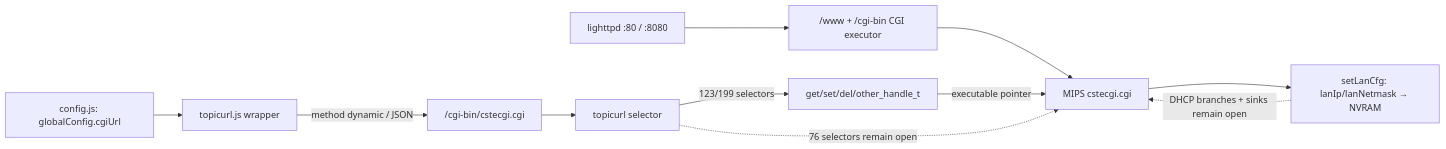
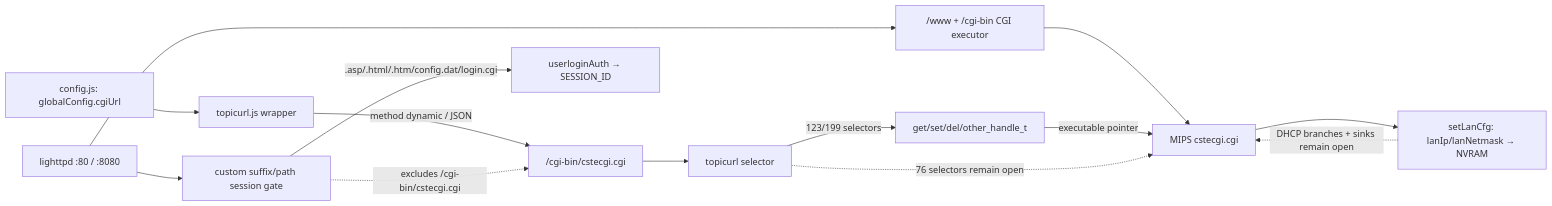
One commit to FitzBC/FirmAtlas changed the second of 2 diagrams in docs/firmware-mapping/research-casebook.md. Above: the diagram before and after it, drawn with Mermaid. The commit also changed other lines of this file and 22 other files, not shown here.

````diff
--- a/docs/firmware-mapping/research-casebook.md
+++ b/docs/firmware-mapping/research-casebook.md
@@ -96,13 +96,16 @@
 ```mermaid
 flowchart LR
     CFG["config.js: globalConfig.cgiUrl"] --> WRAP["topicurl.js wrapper"]
     WRAP -->|"method dynamic / JSON"| CGI["/cgi-bin/cstecgi.cgi"]
     CGI --> SEL["topicurl selector"]
     L["lighttpd :80 / :8080"] --> NS["/www + /cgi-bin CGI executor"]
+    L --> GATE["custom suffix/path session gate"]
+    GATE -->|".asp/.html/.htm/config.dat/login.cgi"| AUTH["userloginAuth → SESSION_ID"]
+    GATE -. "excludes /cgi-bin/cstecgi.cgi" .-> CGI
     NS --> BIN["MIPS cstecgi.cgi"]
     SEL -->|"123/199 selectors"| TAB["get/set/del/other_handle_t"]
     TAB -->|"executable pointer"| BIN
     SEL -. "76 selectors remain open" .-> BIN
     BIN --> VF["setLanCfg: lanIp/lanNetmask → NVRAM"]
     VF -. "DHCP branches + sinks remain open" .-> BIN
 ```
````
